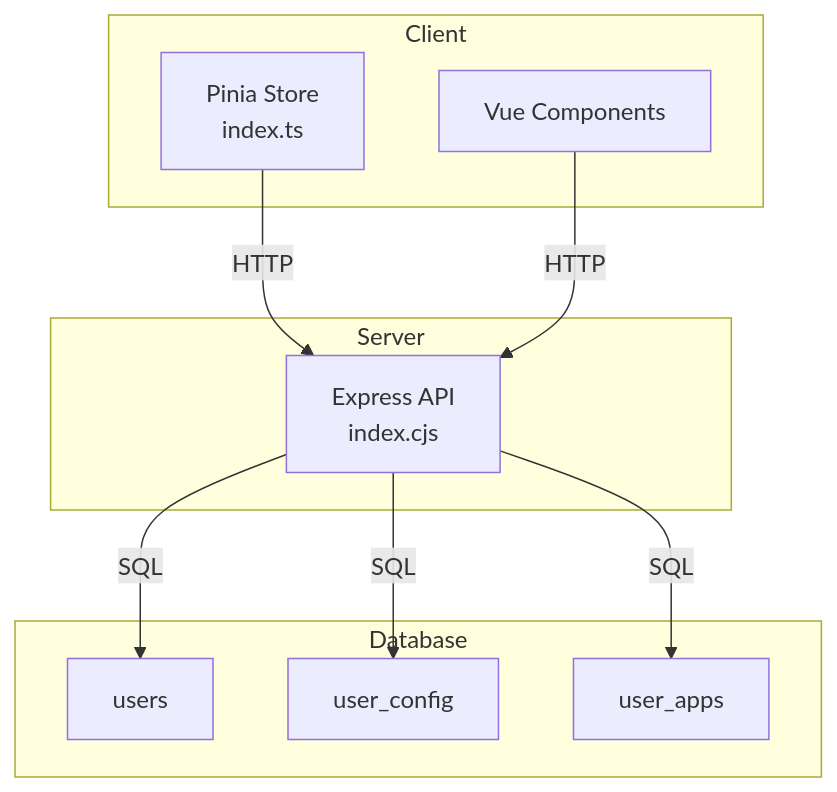
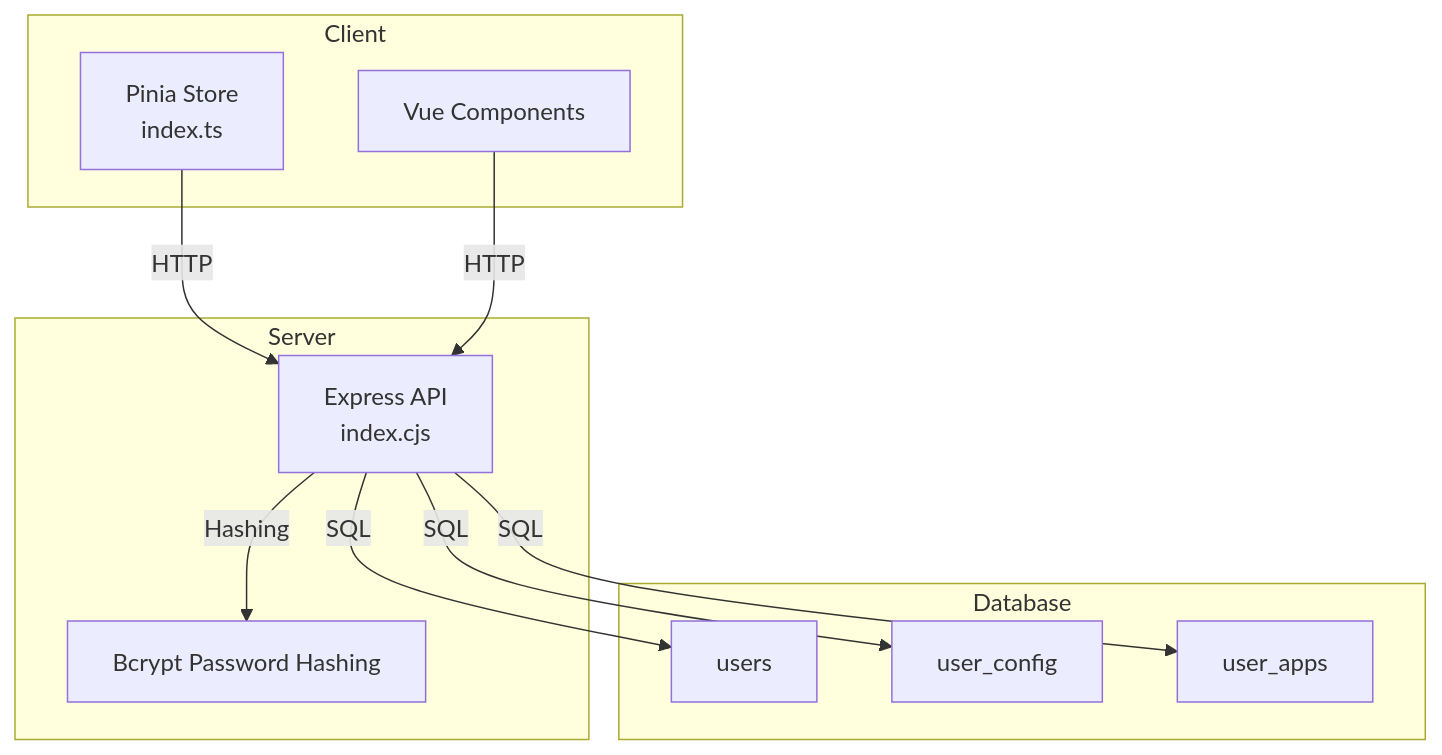
Before and after one commit to xinyo/startora: the first of 6 diagrams in .qoder/repowiki/en/content/Database Schema.md, drawn with Mermaid. The commit also changed other lines of this file and 19 other files, not shown here.

````diff
--- a/.qoder/repowiki/en/content/Database Schema.md
+++ b/.qoder/repowiki/en/content/Database Schema.md
@@ -35,20 +43,22 @@
 ```mermaid
 graph TB
 subgraph "Database"
 U["users"]
 UC["user_config"]
 UA["user_apps"]
 end
 subgraph "Server"
 S["Express API<br/>index.cjs"]
+BH["Bcrypt Password Hashing"]
 end
 subgraph "Client"
 ST["Pinia Store<br/>index.ts"]
 FE["Vue Components"]
 end
 ST --> |HTTP| S
 FE --> |HTTP| S
 S --> |SQL| U
 S --> |SQL| UC
 S --> |SQL| UA
+S --> |Hashing| BH
 ```
````
